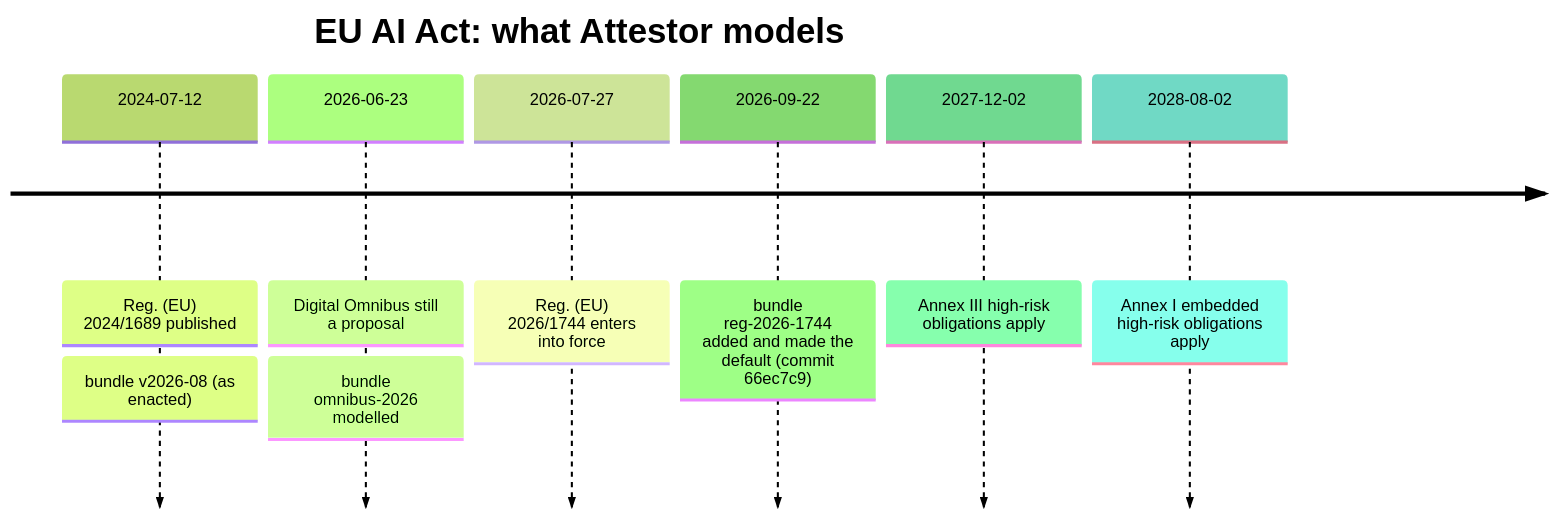
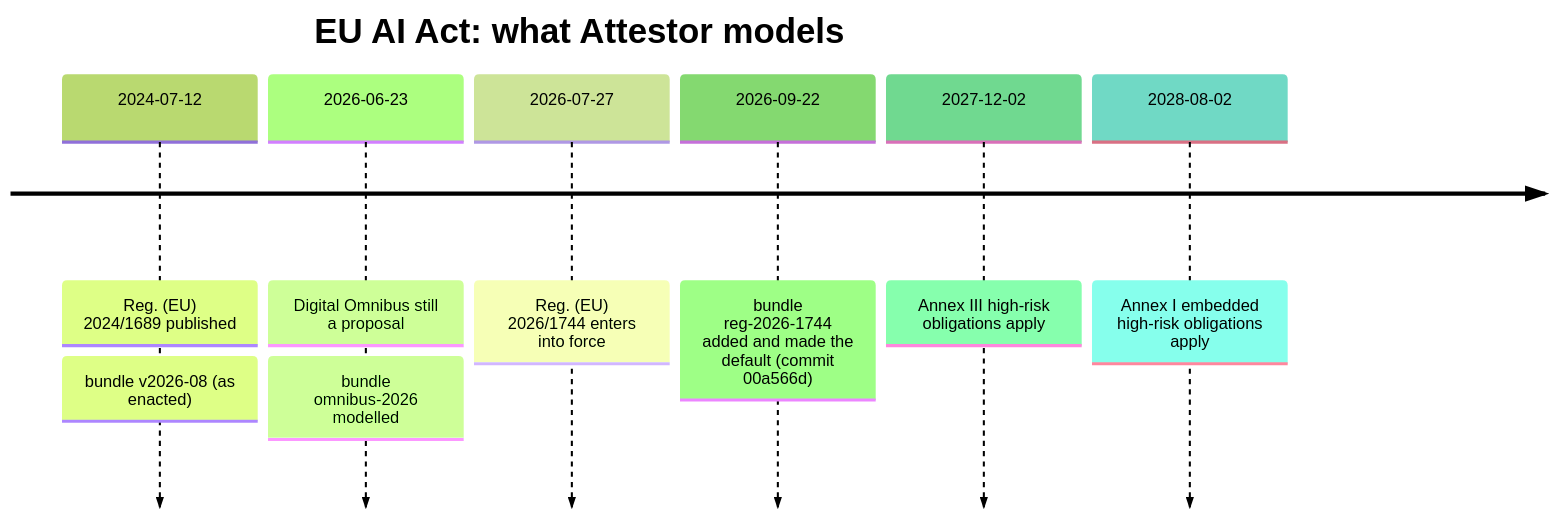
The fourth of 4 diagrams in README.md (marcosmatalab/attestor), drawn with Mermaid (forest theme) before and after one commit. The commit also changed other lines of this file and 7 other files, not shown here.

````diff
--- a/README.md
+++ b/README.md
@@ -279,10 +279,10 @@
 ```mermaid
 timeline
     title EU AI Act: what Attestor models
     2024-07-12 : Reg. (EU) 2024/1689 published : bundle v2026-08 (as enacted)
     2026-06-23 : Digital Omnibus still a proposal : bundle omnibus-2026 modelled
     2026-07-27 : Reg. (EU) 2026/1744 enters into force
-    2026-09-22 : bundle reg-2026-1744 added and made the default (commit 66ec7c9)
+    2026-09-22 : bundle reg-2026-1744 added and made the default (commit 00a566d)
     2027-12-02 : Annex III high-risk obligations apply
     2028-08-02 : Annex I embedded high-risk obligations apply
 ```
````
